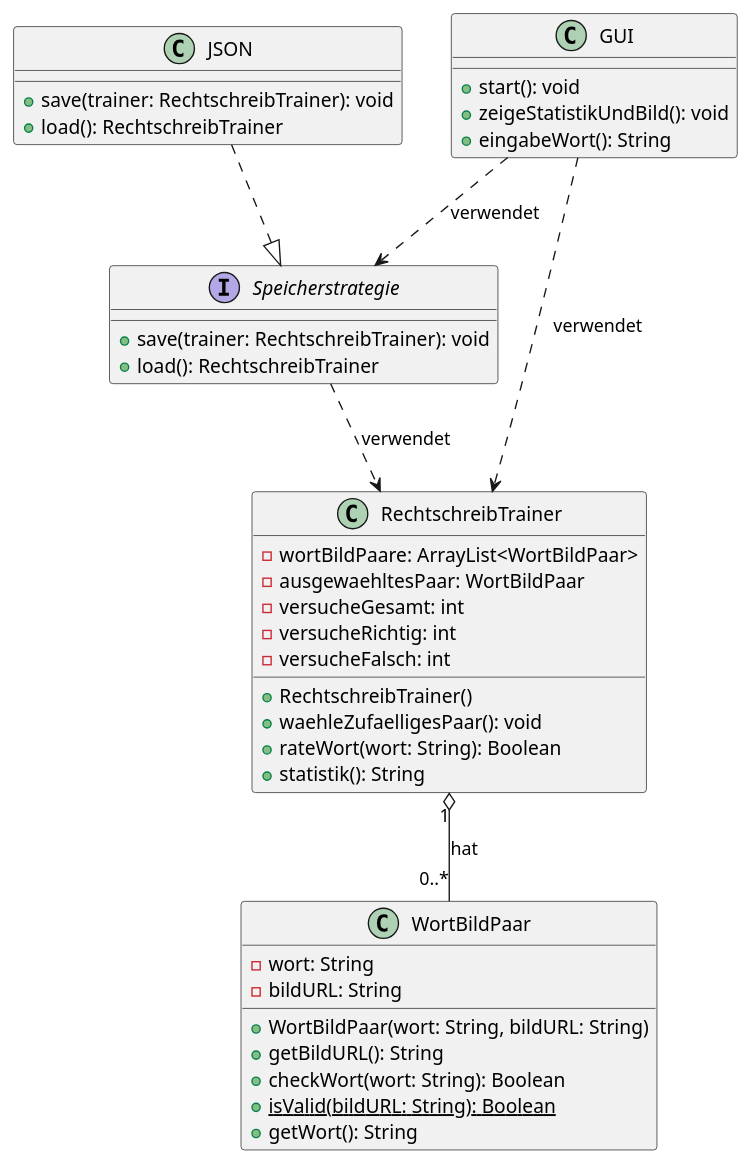
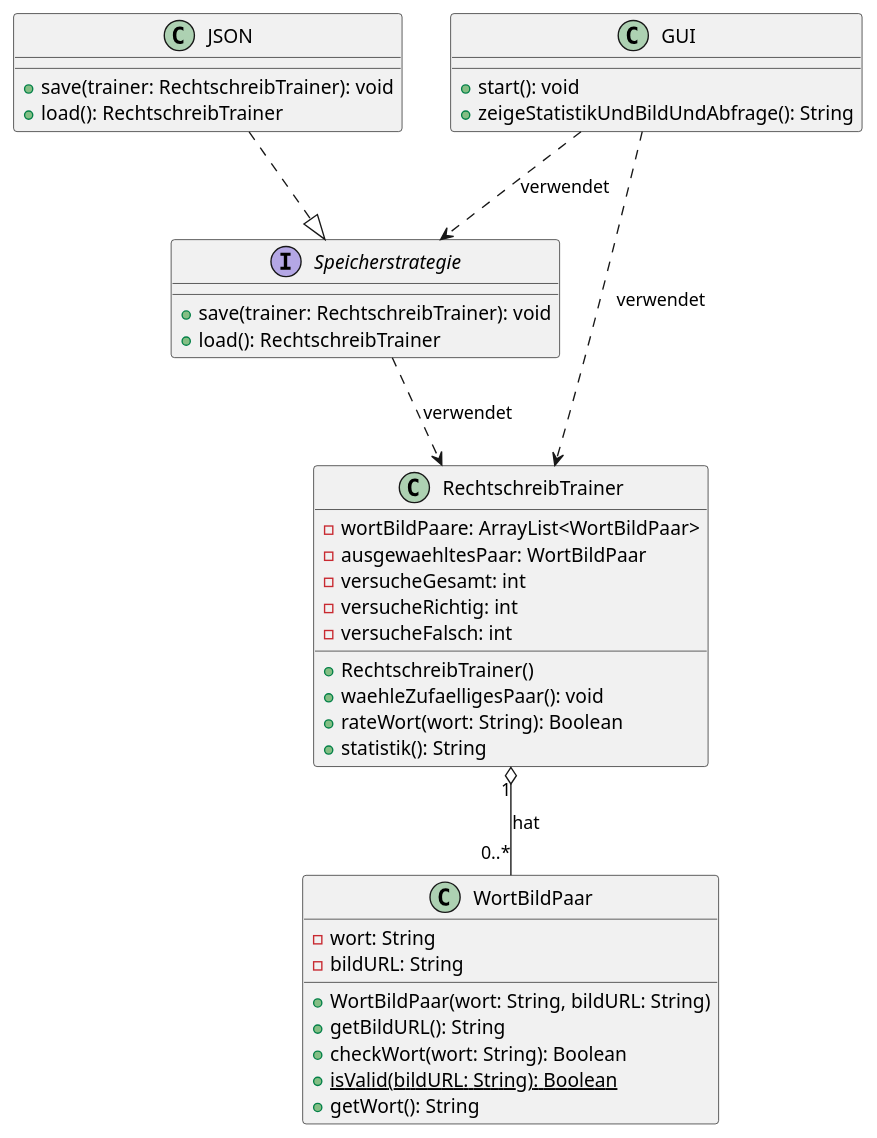
Before and after one commit to TGM-HIT/sew9-2425-worttrainer-rmartin69420: the diagram in src/main/java/org/rmartin/Worttrainer-UML.puml, drawn with PlantUML. The commit also changed 4 other files, not shown here.

```diff
--- a/src/main/java/org/rmartin/Worttrainer-UML.puml
+++ b/src/main/java/org/rmartin/Worttrainer-UML.puml
@@ -1,45 +1,44 @@
 @startuml
 class WortBildPaar {
   -wort: String
   -bildURL: String
   +WortBildPaar(wort: String, bildURL: String)
   +getBildURL(): String
   +checkWort(wort: String): Boolean
   {static} +isValid(bildURL: String): Boolean
   +getWort(): String
 }
 
 class RechtschreibTrainer {
   -wortBildPaare: ArrayList<WortBildPaar>
   -ausgewaehltesPaar: WortBildPaar
   -versucheGesamt: int
   -versucheRichtig: int
   -versucheFalsch: int
   +RechtschreibTrainer()
   +waehleZufaelligesPaar(): void
   +rateWort(wort: String): Boolean
   +statistik(): String
 }
 
 interface Speicherstrategie {
   +save(trainer: RechtschreibTrainer): void
   +load(): RechtschreibTrainer
 }
 
 class JSON {
   +save(trainer: RechtschreibTrainer): void
   +load(): RechtschreibTrainer
 }
 
 class GUI {
   +start(): void
-  +zeigeStatistikUndBild(): void
-  +eingabeWort(): String
+  +zeigeStatistikUndBildUndAbfrage(): String
 }
 
 RechtschreibTrainer "1" o-- "0..*" WortBildPaar : hat
 GUI ..> Speicherstrategie : verwendet
 JSON ..|> Speicherstrategie
 GUI ..> RechtschreibTrainer : verwendet
 Speicherstrategie ..> RechtschreibTrainer : verwendet
 @enduml
```
